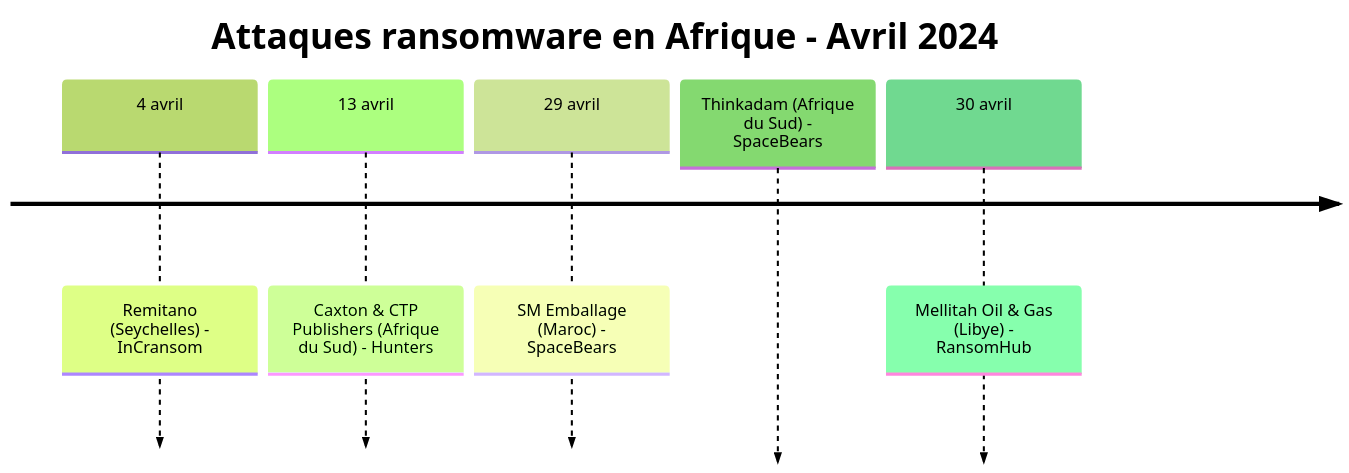
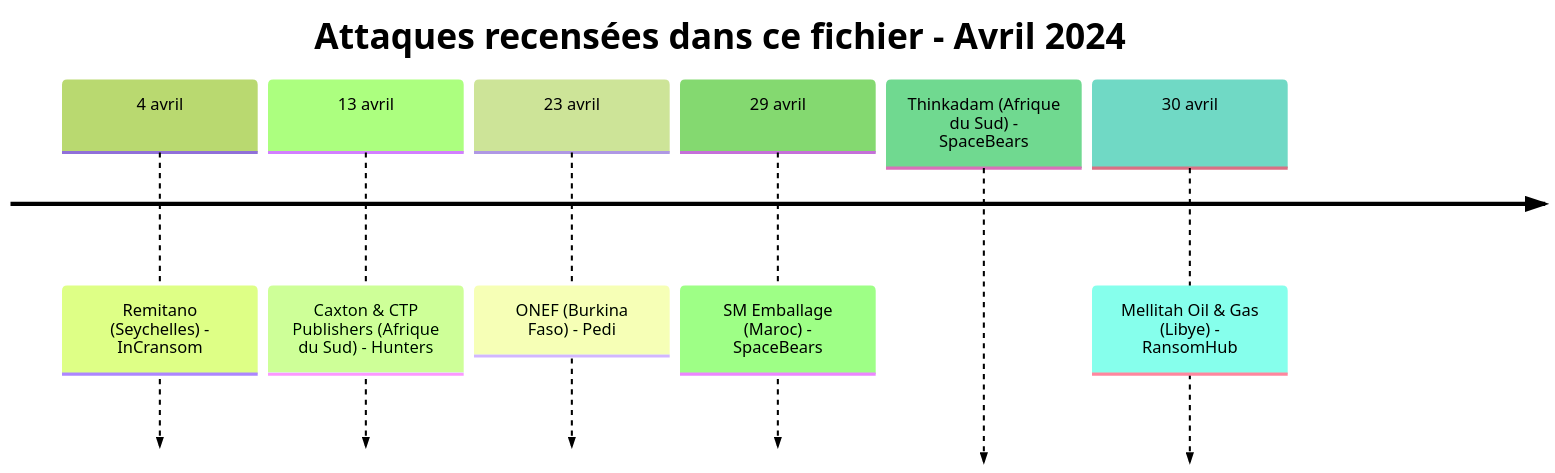
The first of 5 diagrams in CyberAttackAfrica/2024/04-april/README_FR.md (Hatchepsoute/AFRINTEL), drawn with Mermaid (forest theme) before and after one commit. The commit also changed other lines of this file and 255 other files, not shown here.

````diff
--- a/CyberAttackAfrica/2024/04-april/README_FR.md
+++ b/CyberAttackAfrica/2024/04-april/README_FR.md
@@ -36,9 +38,10 @@
 ```mermaid
 timeline
-    title Attaques ransomware en Afrique - Avril 2024
+    title Attaques recensées dans ce fichier - Avril 2024
     4 avril : Remitano (Seychelles) - InCransom
     13 avril : Caxton & CTP Publishers (Afrique du Sud) - Hunters
+    23 avril : ONEF (Burkina Faso) - Pedi
     29 avril : SM Emballage (Maroc) - SpaceBears
                Thinkadam (Afrique du Sud) - SpaceBears
     30 avril : Mellitah Oil & Gas (Libye) - RansomHub
 ```
````
